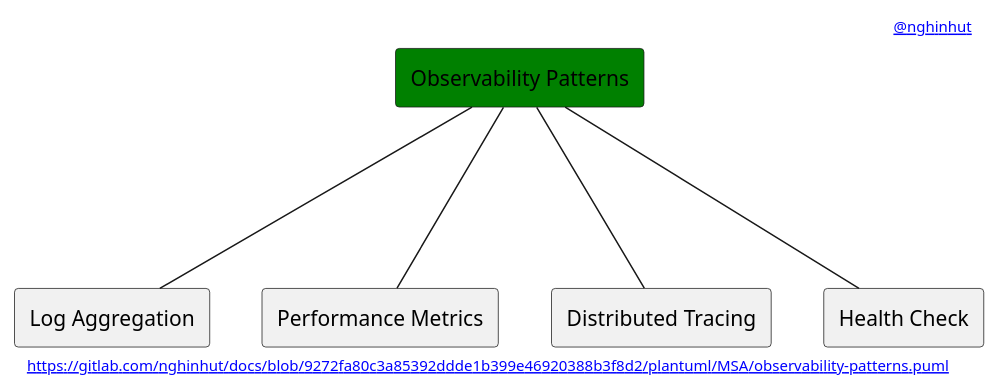
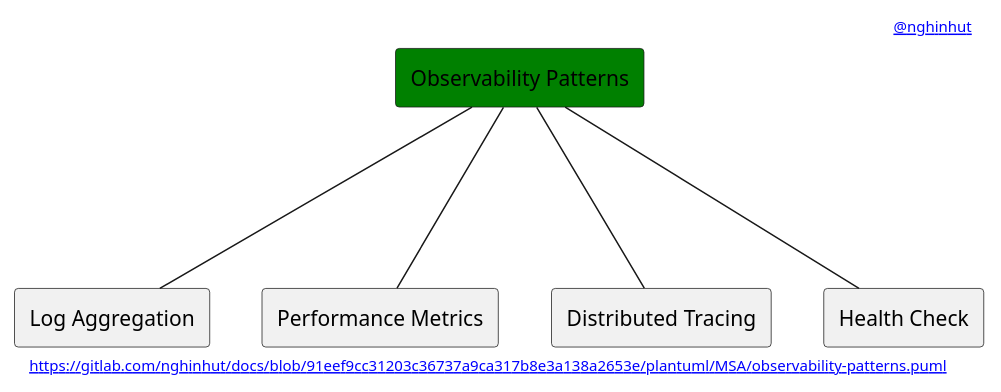
One commit to nghinhut/docs changed the diagram in plantuml/MSA/observability-patterns.puml. Above: the diagram before and after it, drawn with PlantUML. The commit also changed 24 other files, not shown here.

Commit message:
docs(plantuml): update headers

```diff
--- a/plantuml/MSA/observability-patterns.puml
+++ b/plantuml/MSA/observability-patterns.puml
@@ -1,18 +1,18 @@
 @startuml
 '-----START auto generated metadata please keep comment here to allow auto update-----
 '-----DON'T EDIT THIS SECTION, INSTEAD RE-RUN prebuild.sh TO UPDATE-----
-header [[https://www.nghinhut.dev?from=http%5C%3A%5C%2F%5C%2Fwww%5C.plantuml%5C.com%5C%2Fplantuml%5C%2Fproxy%3Ffmt%3Dsvg%5C%26src%3Dhttps%5C%3A%5C%2F%5C%2Fgitlab%5C.com%5C%2Fnghinhut%5C%2Fdocs%5C%2Fraw%5C%2F9272fa80c3a85392ddde1b399e46920388b3f8d2%5C%2Fplantuml%5C%2FMSA%5C%2Fobservability-patterns%5C.puml%0A @nghinhut]]
-footer [[http://www.plantuml.com/plantuml/proxy?fmt=svg&src=https://gitlab.com/nghinhut/docs/raw/9272fa80c3a85392ddde1b399e46920388b3f8d2/plantuml/MSA/observability-patterns.puml https://gitlab.com/nghinhut/docs/blob/9272fa80c3a85392ddde1b399e46920388b3f8d2/plantuml/MSA/observability-patterns.puml]]
+header [[https://www.nghinhut.dev?from=http%5C%3A%5C%2F%5C%2Fwww%5C.plantuml%5C.com%5C%2Fplantuml%5C%2Fproxy%3Ffmt%3Dsvg%5C%26src%3Dhttps%5C%3A%5C%2F%5C%2Fgitlab%5C.com%5C%2Fnghinhut%5C%2Fdocs%5C%2Fraw%5C%2F91eef9cc31203c36737a9ca317b8e3a138a2653e%5C%2Fplantuml%5C%2FMSA%5C%2Fobservability-patterns%5C.puml%0A @nghinhut]]
+footer [[http://www.plantuml.com/plantuml/proxy?fmt=svg&src=https://gitlab.com/nghinhut/docs/raw/91eef9cc31203c36737a9ca317b8e3a138a2653e/plantuml/MSA/observability-patterns.puml https://gitlab.com/nghinhut/docs/blob/91eef9cc31203c36737a9ca317b8e3a138a2653e/plantuml/MSA/observability-patterns.puml]]
 '-----END auto generated metadata please keep comment here to allow auto update-----
 
 rectangle "Observability Patterns" as Observability #green
 
 rectangle "Log Aggregation" as ObservabilityP1
 rectangle "Performance Metrics" as ObservabilityP2
 rectangle "Distributed Tracing" as ObservabilityP3
 rectangle "Health Check" as ObservabilityP4
 Observability --- ObservabilityP1
 Observability --- ObservabilityP2
 Observability --- ObservabilityP3
 Observability --- ObservabilityP4
 @enduml
```
